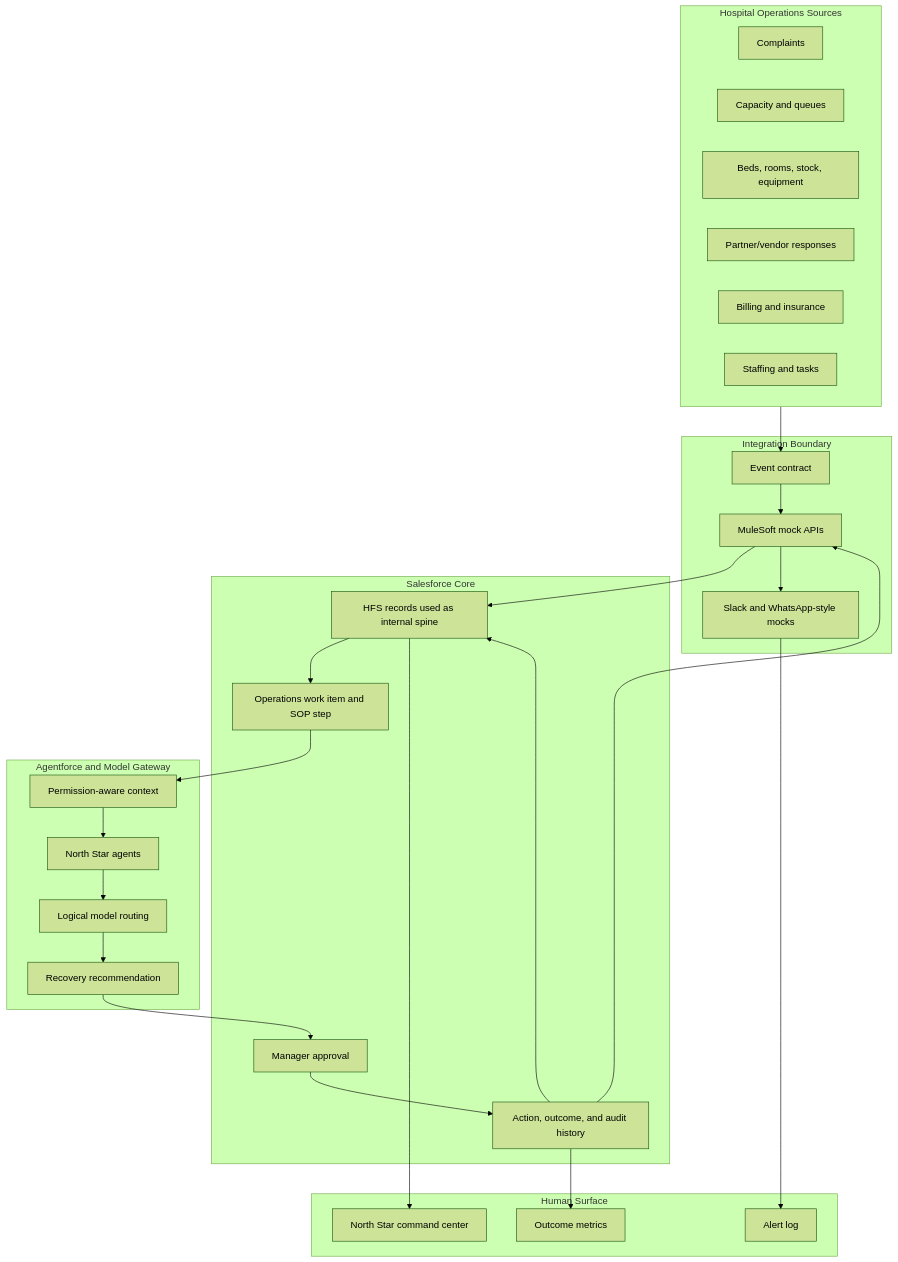
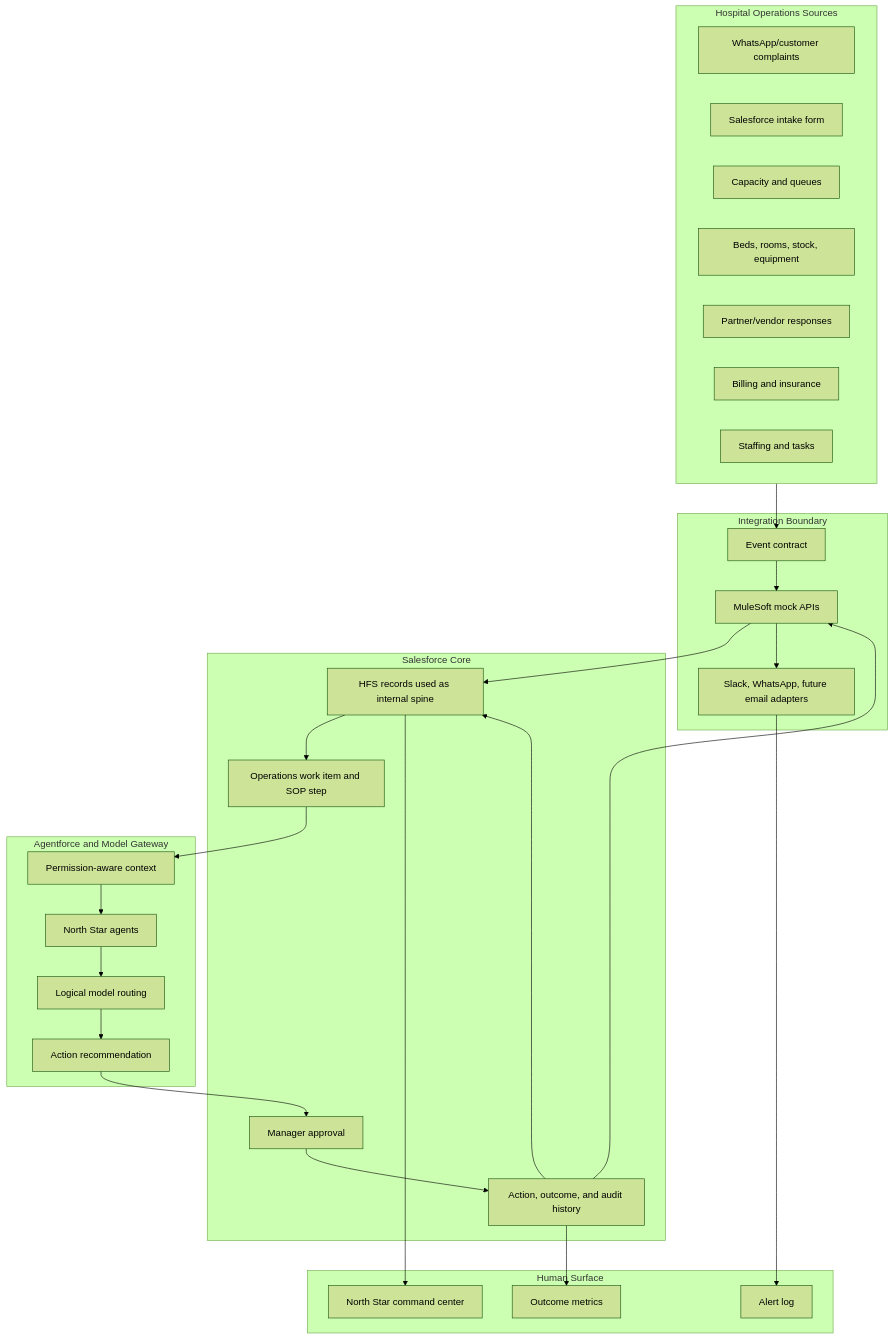
The second of 2 diagrams in docs/architecture.md (freeapikeys/HackathonSalesforce), drawn with Mermaid (forest theme) before and after one commit. The commit also changed other lines of this file and 43 other files, not shown here.

Commit message:
docs: define North Star intake and channel flow

````diff
--- a/docs/architecture.md
+++ b/docs/architecture.md
@@ -48,47 +49,48 @@
 ```mermaid
 flowchart TB
     subgraph Sources["Hospital Operations Sources"]
-        COMP["Complaints"]
+        COMP["WhatsApp/customer complaints"]
+        FORM["Salesforce intake form"]
         CAP["Capacity and queues"]
         RES["Beds, rooms, stock, equipment"]
         PARTNER["Partner/vendor responses"]
         BILL["Billing and insurance"]
         STAFF["Staffing and tasks"]
     end
 
     subgraph Integration["Integration Boundary"]
         EVENTS["Event contract"]
         MULE["MuleSoft mock APIs"]
-        CHANNELS["Slack and WhatsApp-style mocks"]
+        CHANNELS["Slack, WhatsApp, future email adapters"]
     end
 
     subgraph Salesforce["Salesforce Core"]
         RECORDS["HFS records used as internal spine"]
         WORK["Operations work item and SOP step"]
         APPROVAL["Manager approval"]
         AUDIT["Action, outcome, and audit history"]
     end
 
     subgraph Intelligence["Agentforce and Model Gateway"]
         CONTEXT["Permission-aware context"]
         ROUTER["Logical model routing"]
         AGENT["North Star agents"]
-        REC["Recovery recommendation"]
+        REC["Action recommendation"]
     end
 
     subgraph UI["Human Surface"]
         LWC["North Star command center"]
         ALERTS["Alert log"]
         METRICS["Outcome metrics"]
     end
 
     Sources --> EVENTS --> MULE --> RECORDS
     RECORDS --> WORK --> CONTEXT --> AGENT
     AGENT --> ROUTER --> REC --> APPROVAL
     APPROVAL --> AUDIT
     AUDIT --> MULE --> CHANNELS
     AUDIT --> RECORDS
     RECORDS --> LWC
     CHANNELS --> ALERTS
     AUDIT --> METRICS
 ```
````
